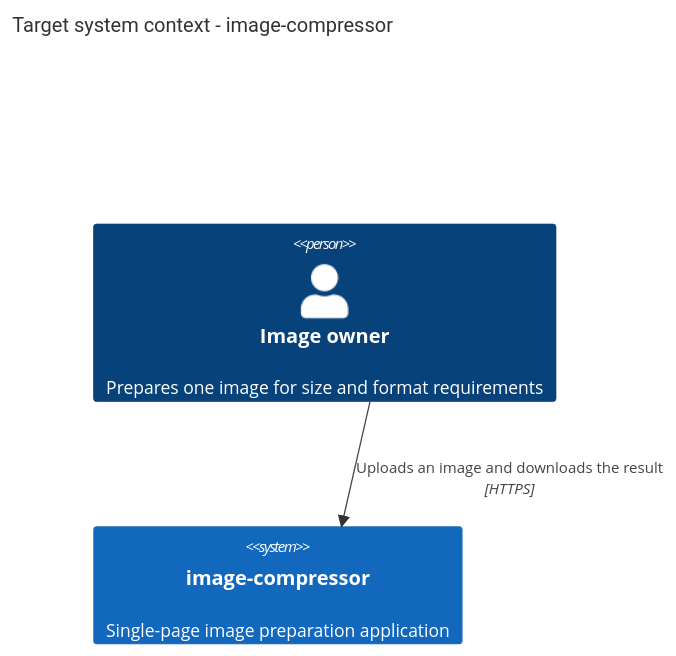
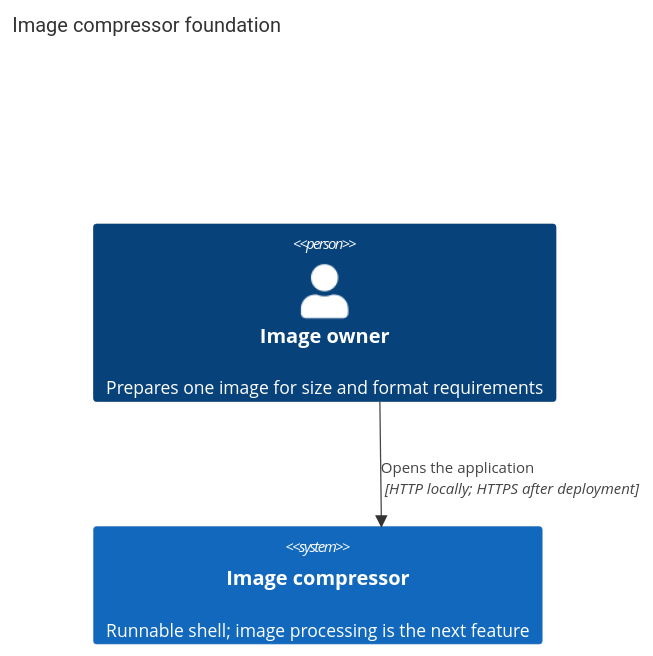
Before and after one commit to shved270189/image_compressor: the first of 2 diagrams in docs/architecture-map.md, drawn with Mermaid. The commit also changed other lines of this file and 24 other files, not shown here.

````diff
--- a/docs/architecture-map.md
+++ b/docs/architecture-map.md
@@ -29,7 +31,7 @@
 ```mermaid
 C4Context
-    title Target system context - image-compressor
+    title Image compressor foundation
     Person(user, "Image owner", "Prepares one image for size and format requirements")
-    System(compressor, "image-compressor", "Single-page image preparation application")
-    Rel(user, compressor, "Uploads an image and downloads the result", "HTTPS")
+    System(compressor, "Image compressor", "Runnable shell; image processing is the next feature")
+    Rel(user, compressor, "Opens the application", "HTTP locally; HTTPS after deployment")
 ```
````
